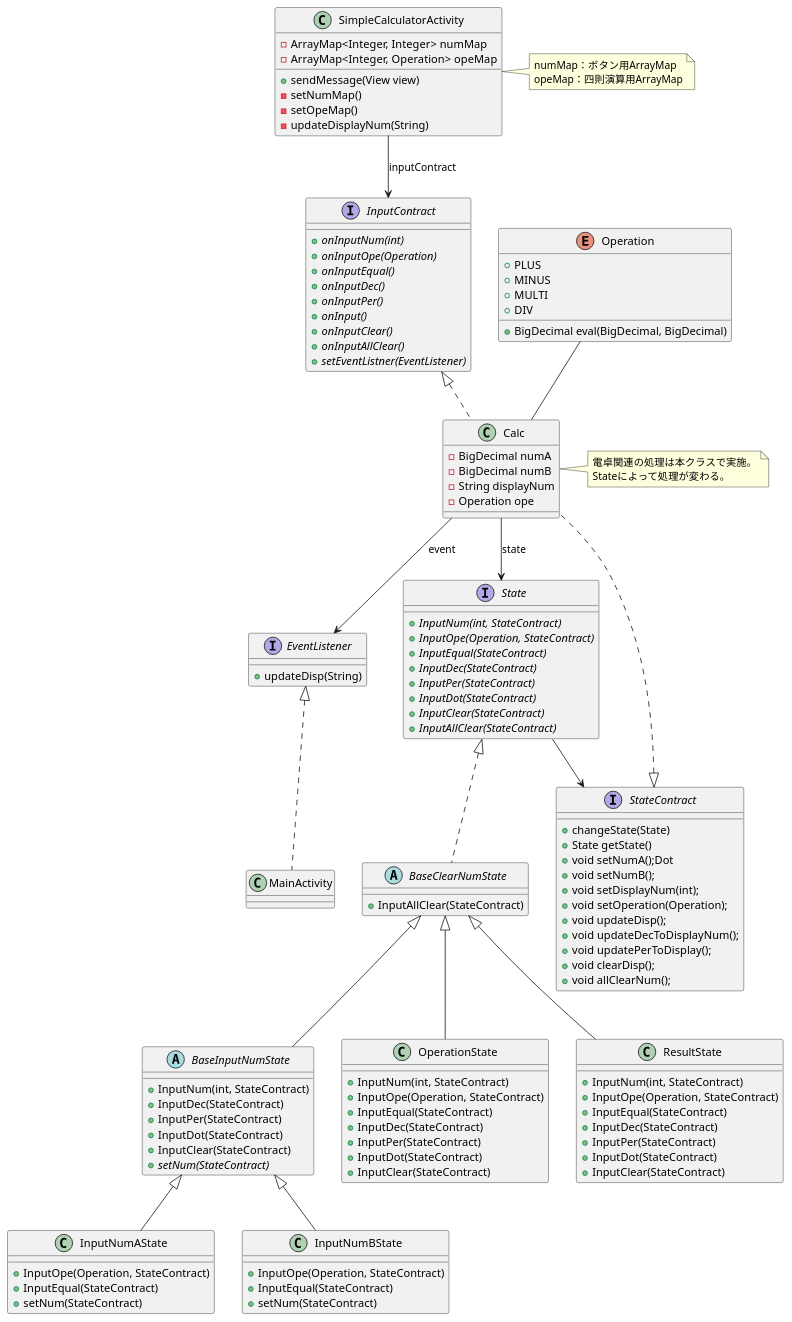
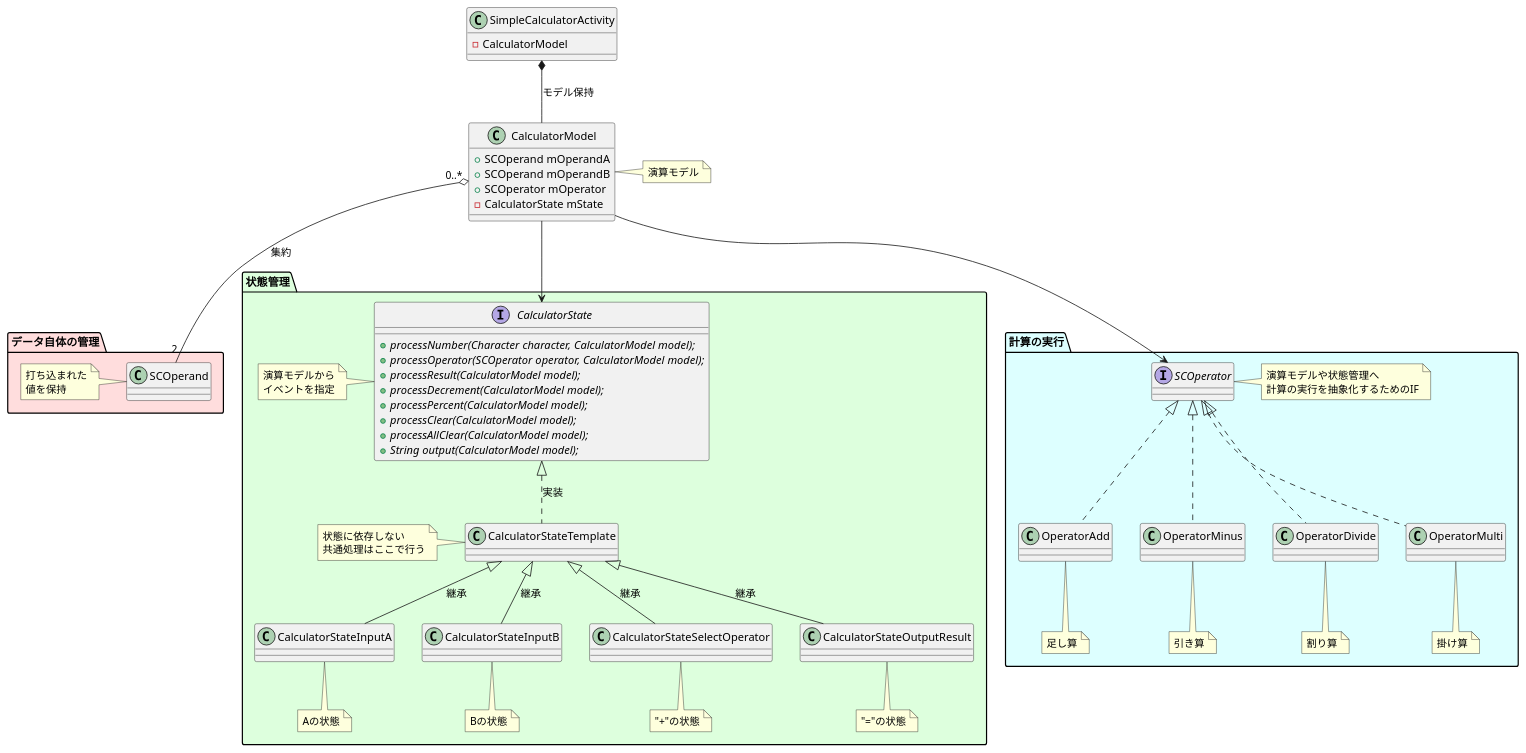
Before and after one commit to sawaikatyou/SimpleCalculator: the diagram in app/sampledata/class.puml, drawn with PlantUML.

Commit message:
クラス図を記載

```diff
--- a/app/sampledata/class.puml
+++ b/app/sampledata/class.puml
@@ -1,137 +1,126 @@
 @startuml
 
-SimpleCalculatorActivity --> InputContract : "inputContract"
-EventListener <|.. MainActivity
-Calc --> EventListener : "event"
-Calc --> State : "state"
-State --> StateContract
-Operation -- Calc
-InputContract <|.. Calc
-StateContract <|.. Calc
 
-State <|.. BaseClearNumState
-BaseClearNumState <|-- BaseInputNumState
-BaseInputNumState <|-- InputNumAState
-BaseInputNumState <|-- InputNumBState
-BaseClearNumState <|-- OperationState
-BaseClearNumState <|-- ResultState
+/'  ここから各クラスの定義 '/
 
 class SimpleCalculatorActivity {
-- ArrayMap<Integer, Integer> numMap
-- ArrayMap<Integer, Operation> opeMap
-+ sendMessage(View view)
-- setNumMap()
-- setOpeMap()
-- updateDisplayNum(String)
+- CalculatorModel
 }
 
-interface State {
-+ {abstract} InputNum(int, StateContract)
-+ {abstract} InputOpe(Operation, StateContract)
-+ {abstract} InputEqual(StateContract)
-+ {abstract} InputDec(StateContract)
-+ {abstract} InputPer(StateContract)
-+ {abstract} InputDot(StateContract)
-+ {abstract} InputClear(StateContract)
-+ {abstract} InputAllClear(StateContract)
+class CalculatorModel {
++ SCOperand mOperandA
++ SCOperand mOperandB
++ SCOperator mOperator
+- CalculatorState mState
 }
 
-abstract class BaseClearNumState {
-+ InputAllClear(StateContract)
+note right
+  演算モデル
+end note
+
+package "データ自体の管理" #FFDDDD {
+    class SCOperand {
+    }
+    note left
+      打ち込まれた
+      値を保持
+    end note
+
+    SimpleCalculatorActivity *-- CalculatorModel : モデル保持
+    CalculatorModel "0..*" o-d- "2" SCOperand : 集約
 }
 
-abstract class BaseInputNumState {
-+ InputNum(int, StateContract)
-+ InputDec(StateContract)
-+ InputPer(StateContract)
-+ InputDot(StateContract)
-+ InputClear(StateContract)
-+ {abstract} setNum(StateContract)
+package "状態管理" #DDFFDD {
+    CalculatorModel --> CalculatorState
+    interface CalculatorState {
+    + {abstract} processNumber(Character character, CalculatorModel model);
+    + {abstract} processOperator(SCOperator operator, CalculatorModel model);
+    + {abstract} processResult(CalculatorModel model);
+    + {abstract} processDecrement(CalculatorModel model);
+    + {abstract} processPercent(CalculatorModel model);
+    + {abstract} processClear(CalculatorModel model);
+    + {abstract} processAllClear(CalculatorModel model);
+    + {abstract} String output(CalculatorModel model);
+    }
+    note left
+      演算モデルから
+      イベントを指定
+    end note
+
+    class CalculatorStateTemplate {
+    }
+    note left
+      状態に依存しない
+      共通処理はここで行う
+    end note
+
+    class CalculatorStateInputA {
+    }
+    note bottom
+      Aの状態
+    end note
+
+    class CalculatorStateInputB {
+    }
+    note bottom
+      Bの状態
+    end note
+
+    class CalculatorStateSelectOperator {
+    }
+    note bottom
+      "+"の状態
+    end note
+
+    class CalculatorStateOutputResult {
+    }
+    note bottom
+      "="の状態
+    end note
+
+    CalculatorState <|.. CalculatorStateTemplate : 実装
+    CalculatorStateTemplate  <|-- CalculatorStateInputA : 継承
+    CalculatorStateTemplate  <|--  CalculatorStateInputB : 継承
+    CalculatorStateTemplate  <|--  CalculatorStateOutputResult : 継承
+    CalculatorStateTemplate  <|--  CalculatorStateSelectOperator : 継承
+
 }
 
-class InputNumAState {
-+ InputOpe(Operation, StateContract)
-+ InputEqual(StateContract)
-+ setNum(StateContract)
+package "計算の実行" #DDFFFF {
+    interface SCOperator {
+    }
+    note right
+      演算モデルや状態管理へ
+      計算の実行を抽象化するためのIF
+    end note
+
+    class OperatorAdd {
+    }
+    note bottom
+      足し算
+    end note
+
+    class OperatorMinus {
+    }
+    note bottom
+      引き算
+    end note
+
+    class OperatorDivide {
+    }
+    note bottom
+      割り算
+    end note
+    class OperatorMulti {
+    }
+    note bottom
+      掛け算
+    end note
+
+    CalculatorModel --> SCOperator
+    SCOperator <|.. OperatorAdd
+    SCOperator <|.. OperatorDivide
+    SCOperator <|.. OperatorMinus
+    SCOperator <|.. OperatorMulti
 }
-class InputNumBState {
-+ InputOpe(Operation, StateContract)
-+ InputEqual(StateContract)
-+ setNum(StateContract)
-}
-class OperationState {
-+ InputNum(int, StateContract)
-+ InputOpe(Operation, StateContract)
-+ InputEqual(StateContract)
-+ InputDec(StateContract)
-+ InputPer(StateContract)
-+ InputDot(StateContract)
-+ InputClear(StateContract)
-}
-class ResultState {
-+ InputNum(int, StateContract)
-+ InputOpe(Operation, StateContract)
-+ InputEqual(StateContract)
-+ InputDec(StateContract)
-+ InputPer(StateContract)
-+ InputDot(StateContract)
-+ InputClear(StateContract)
-}
-
-interface InputContract {
-+ {abstract} onInputNum(int)
-+ {abstract} onInputOpe(Operation)
-+ {abstract} onInputEqual() /' tesuto '/
-+ {abstract} onInputDec()
-+ {abstract} onInputPer()
-+ {abstract} onInput()
-+ {abstract} onInputClear()
-+ {abstract} onInputAllClear()
-+ {abstract} setEventListner(EventListener)
-}
-
-interface StateContract {
-
-+ changeState(State)
-+ State getState()
-+ void setNumA();Dot
-+ void setNumB();
-+ void setDisplayNum(int);
-+ void setOperation(Operation);
-+ void updateDisp();
-+ void updateDecToDisplayNum();
-+ void updatePerToDisplay();
-+ void clearDisp();
-+ void allClearNum();
-
-}
-class Calc {
-- BigDecimal numA
-- BigDecimal numB
-- String displayNum
-- Operation ope
-}
-
-interface EventListener {
-+ updateDisp(String)
-}
-
-enum Operation {
-+ PLUS
-+ MINUS
-+ MULTI
-+ DIV
-+ BigDecimal eval(BigDecimal, BigDecimal)
-}
-
-note right of SimpleCalculatorActivity
-    numMap：ボタン用ArrayMap
-    opeMap：四則演算用ArrayMap
-end note
-
-note right of Calc
-    電卓関連の処理は本クラスで実施。
-    Stateによって処理が変わる。
-end note
-
 @enduml
```
